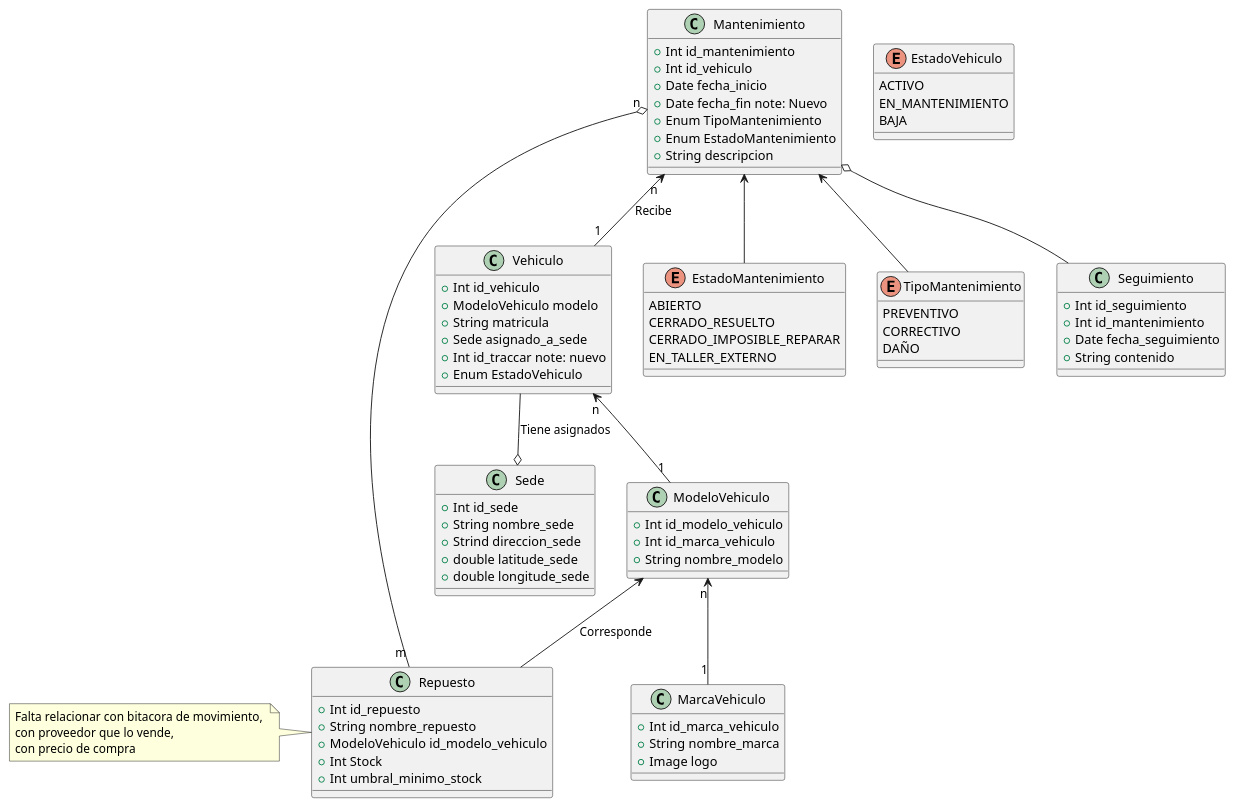
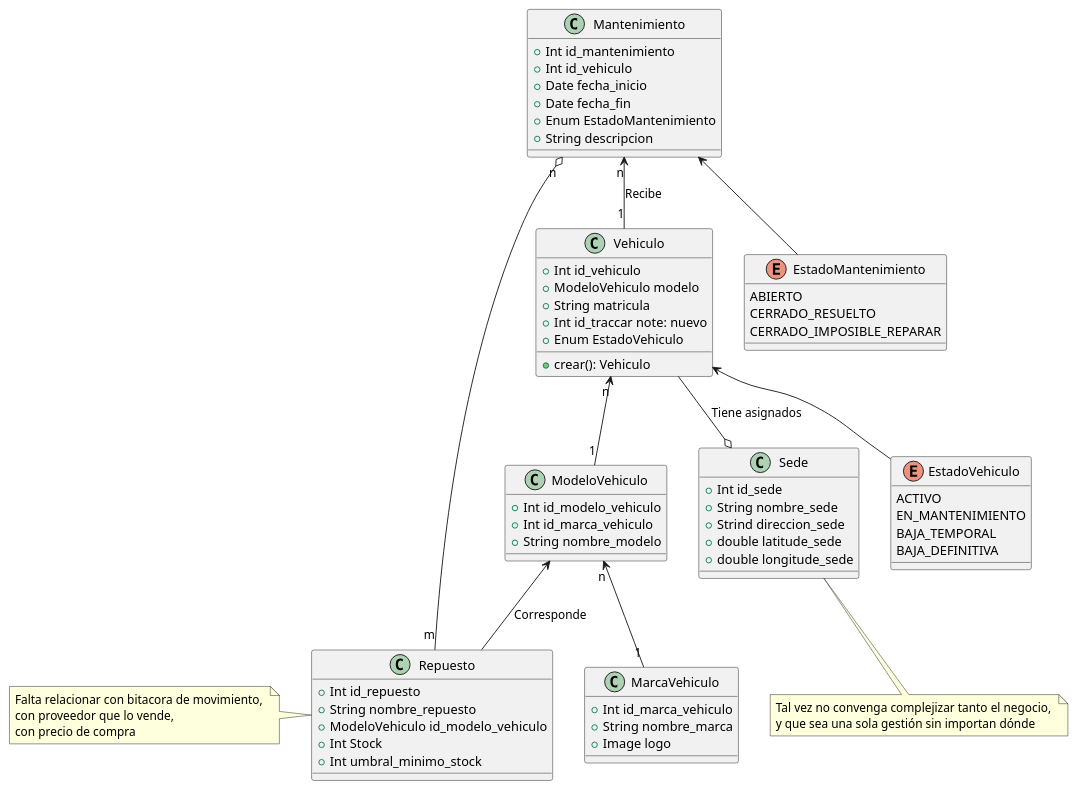
Before and after one commit to Grupo-4-LCS-UNGS/diagramas: the diagram in De Entidad.puml, drawn with PlantUML. The commit also changed 3 other files, not shown here.

```diff
--- a/De Entidad.puml
+++ b/De Entidad.puml
@@ -1,96 +1,88 @@
 @startuml
 
 class Vehiculo {
   + Int id_vehiculo
   + ModeloVehiculo modelo
   + String matricula
-  + Sede asignado_a_sede
   + Int id_traccar note: nuevo
   + Enum EstadoVehiculo
+  + crear(): Vehiculo
+
 }
 
 enum EstadoVehiculo {
   ACTIVO
   EN_MANTENIMIENTO
-  BAJA
+  BAJA_TEMPORAL
+  BAJA_DEFINITIVA
+
 }
 
 class Sede {
   + Int id_sede
   + String nombre_sede
   + Strind direccion_sede
   + double latitude_sede
   + double longitude_sede
 }
 
+note bottom of  Sede: Tal vez no convenga complejizar tanto el negocio, \ny que sea una sola gestión sin importan dónde 
+
+
 Vehiculo --o Sede: Tiene asignados
 ModeloVehiculo "n" <-- "1" MarcaVehiculo
 Vehiculo "n" <-- "1" ModeloVehiculo
-
+Vehiculo <-- EstadoVehiculo
 
 
 class MarcaVehiculo {
   + Int id_marca_vehiculo
   + String nombre_marca
   + Image logo
 }
 
 class ModeloVehiculo {
   + Int id_modelo_vehiculo
   + Int id_marca_vehiculo
   + String nombre_modelo
 }
 
 
 Mantenimiento "n" <-- "1" Vehiculo: Recibe
 Mantenimiento <-- EstadoMantenimiento
-Mantenimiento <-- TipoMantenimiento
 Mantenimiento "n" o-- "m" Repuesto
 
 
 class Mantenimiento {
   + Int id_mantenimiento
   + Int id_vehiculo
   + Date fecha_inicio
-  + Date fecha_fin note: Nuevo
-  + Enum TipoMantenimiento
+  + Date fecha_fin
   + Enum EstadoMantenimiento
   + String descripcion 
 }
 
-class Seguimiento {
-  + Int id_seguimiento
-  + Int id_mantenimiento
-  + Date fecha_seguimiento
-  + String contenido
-}
+
 
 class Repuesto {
   + Int id_repuesto
   + String nombre_repuesto
   + ModeloVehiculo id_modelo_vehiculo
   + Int Stock
   + Int umbral_minimo_stock
 }
 
 note left of Repuesto: Falta relacionar con bitacora de movimiento, \ncon proveedor que lo vende, \ncon precio de compra
 
-
 ModeloVehiculo <-- Repuesto: Corresponde
 
 
-Mantenimiento o-- Seguimiento
 
 enum EstadoMantenimiento {
   ABIERTO
   CERRADO_RESUELTO
   CERRADO_IMPOSIBLE_REPARAR
-  EN_TALLER_EXTERNO
 }
 
-enum TipoMantenimiento {
-  PREVENTIVO
-  CORRECTIVO
-  DAÑO
-}
+
 @enduml
```
